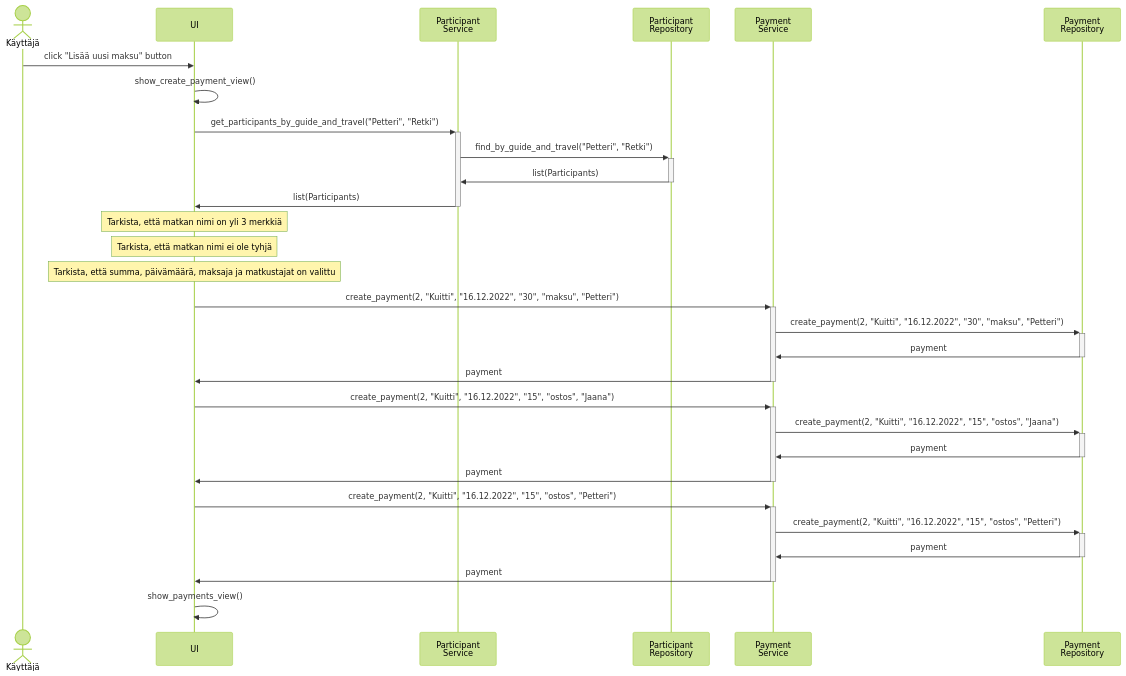
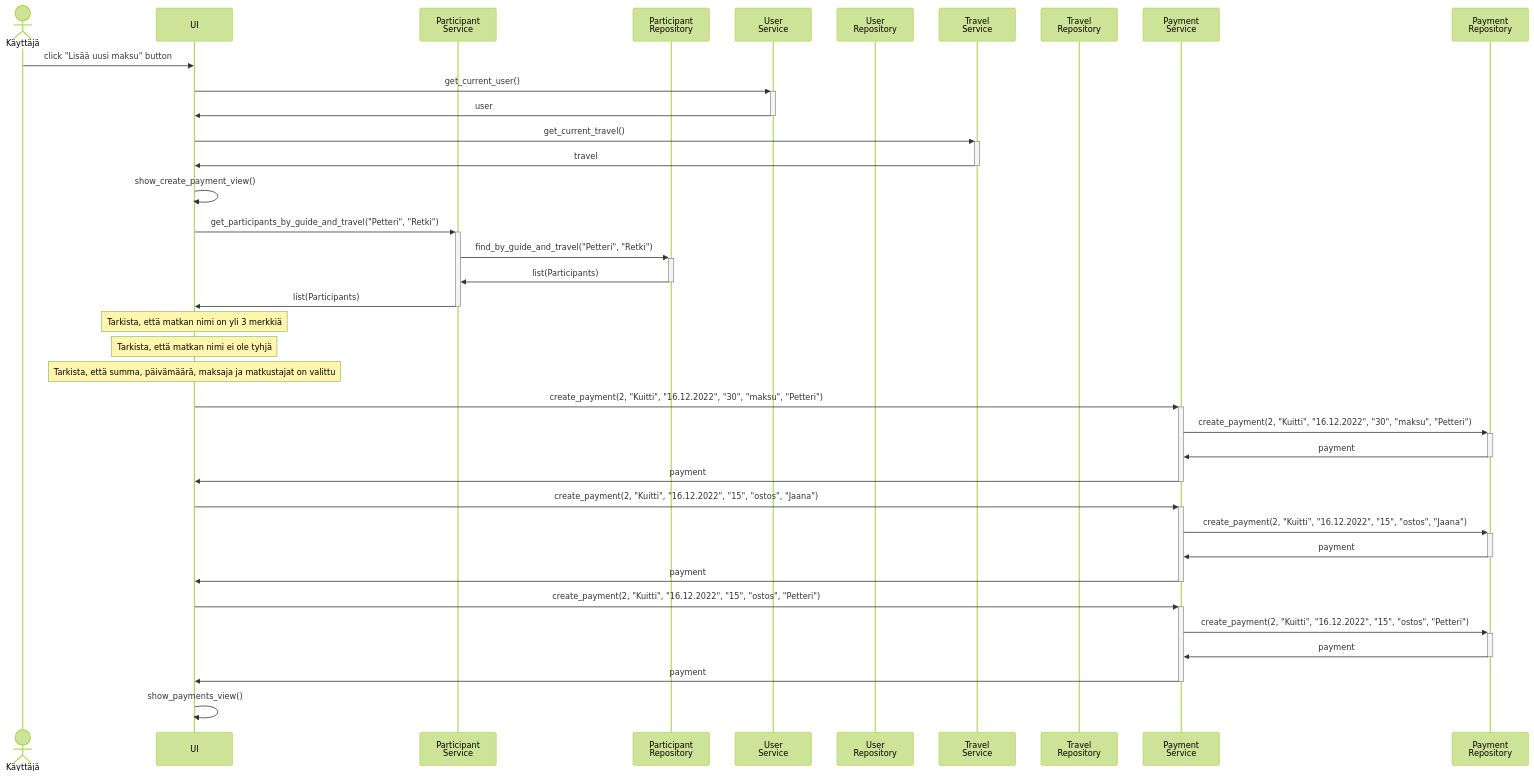
The fourth of 4 diagrams in travel-expense-calculator-app/dokumentaatio/arkkitehtuuri.md (phuvio/ot-harjoitustyo), drawn with Mermaid (forest theme) before and after one commit. The commit also changed other lines of this file, not shown here.

````diff
--- a/travel-expense-calculator-app/dokumentaatio/arkkitehtuuri.md
+++ b/travel-expense-calculator-app/dokumentaatio/arkkitehtuuri.md
@@ -172,31 +174,39 @@
 ```mermaid
  sequenceDiagram
    Actor K as Käyttäjä
    participant U as UI
    participant P as Participant <br> Service
    participant PR as Participant <br> Repository
+   participant S as User <br> Service
+   participant SR as User <br> Repository
+   participant T as Travel <br> Service
+   participant TR as Travel <br> Repository
    participant M as Payment <br> Service
    participant MR as Payment <br> Repository
    K->>U: click "Lisää uusi maksu" button
+   U->>+S: get_current_user()
+   S->>-U: user
+   U->>+T: get_current_travel()
+   T->>-U: travel
    U->>U: show_create_payment_view()
    U->>+P: get_participants_by_guide_and_travel("Petteri", "Retki")
    P->>+PR: find_by_guide_and_travel("Petteri", "Retki")
    PR->>-P: list(Participants)
    P->>-U: list(Participants)
    Note over U: Tarkista, että matkan nimi on yli 3 merkkiä
    Note over U: Tarkista, että matkan nimi ei ole tyhjä
    Note over U: Tarkista, että summa, päivämäärä, maksaja ja matkustajat on valittu
    U->>+M: create_payment(2, "Kuitti", "16.12.2022", "30", "maksu", "Petteri")
    M->>+MR: create_payment(2, "Kuitti", "16.12.2022", "30", "maksu", "Petteri")
    MR->>-M: payment
    M->>-U: payment
    U->>+M: create_payment(2, "Kuitti", "16.12.2022", "15", "ostos", "Jaana")
    M->>+MR: create_payment(2, "Kuitti", "16.12.2022", "15", "ostos", "Jaana")
    MR->>-M: payment
    M->>-U: payment
    U->>+M: create_payment(2, "Kuitti", "16.12.2022", "15", "ostos", "Petteri")
    M->>+MR: create_payment(2, "Kuitti", "16.12.2022", "15", "ostos", "Petteri")
    MR->>-M: payment
    M->>-U: payment
    U->>U: show_payments_view()
 ```
````
